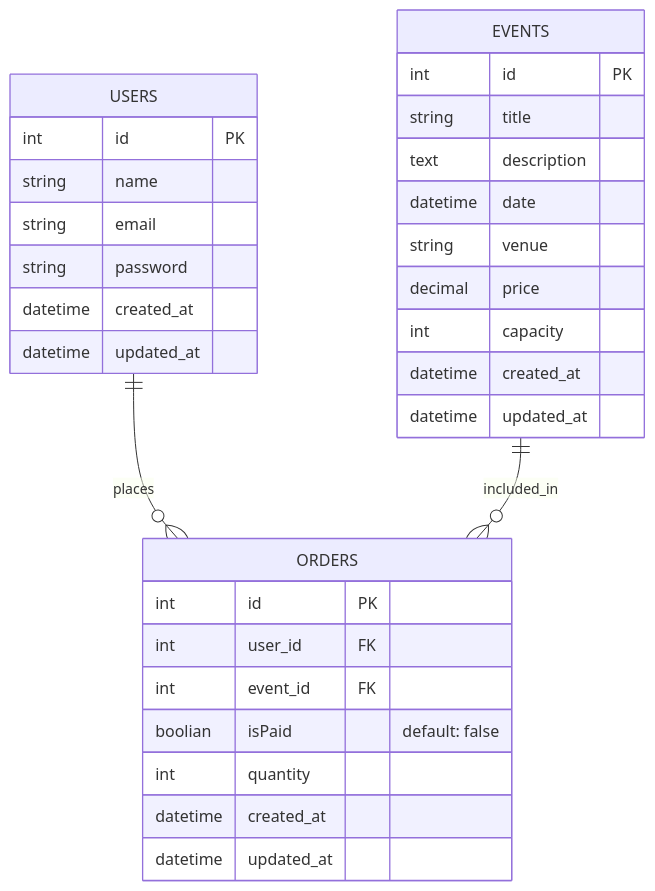
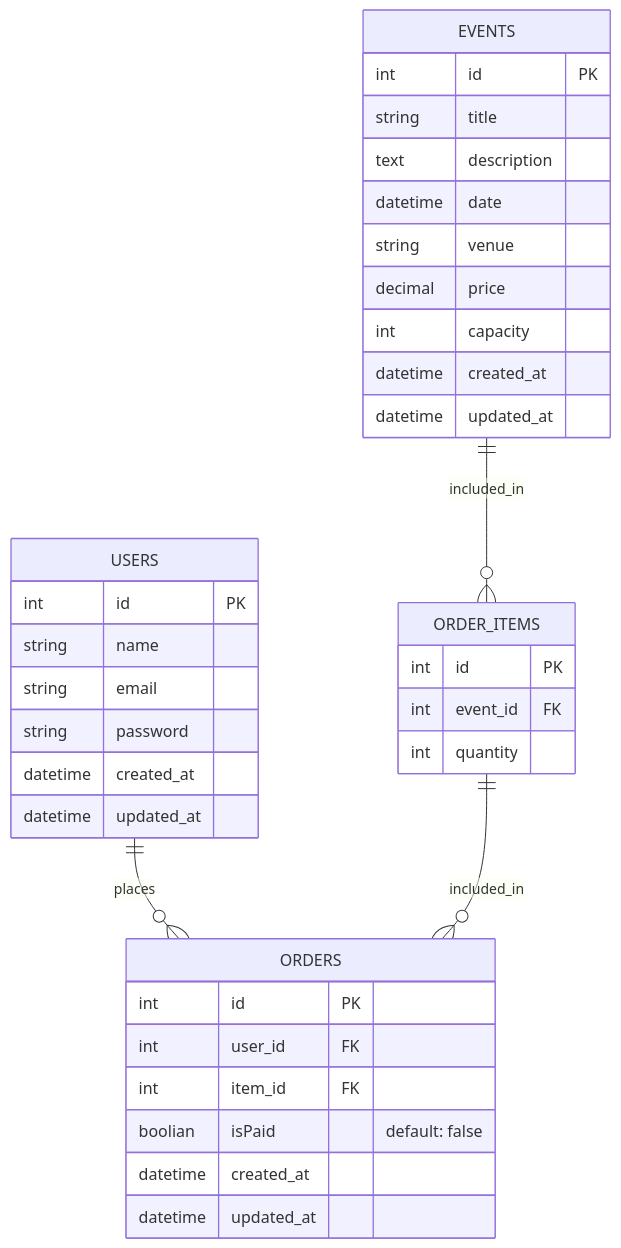
One commit to ftshn84/event-startup changed the diagram in database/readme.md. Above: the diagram before and after it, drawn with Mermaid.

Commit message:
fix: correct ERD structure and relationships in readme

````diff
--- a/database/readme.md
+++ b/database/readme.md
@@ -3,37 +3,45 @@
 ```mermaid
-erDiagram
+
+
+    erDiagram
 
     EVENTS {
         int id PK
         string title
         text description
         datetime date
         string venue
         decimal price
         int capacity
         datetime created_at
         datetime updated_at 
     }
+    
 
     USERS {
         int id PK
         string name
         string email
         string password
         datetime created_at
         datetime updated_at    
     }
 
     ORDERS {
         int id PK
         int user_id FK
-        int event_id FK
+        int item_id FK
         boolian isPaid "default: false"
-        int quantity
         datetime created_at
         datetime updated_at
     }
+    ORDER_ITEMS {
+        int id PK
+        int event_id FK
+        int quantity
+    }
 
     USERS ||--o{ ORDERS : places
-    EVENTS ||--o{ ORDERS : included_in
+    EVENTS ||--o{ ORDER_ITEMS : included_in
+    ORDER_ITEMS ||--o{ ORDERS : included_in
 ```
````
